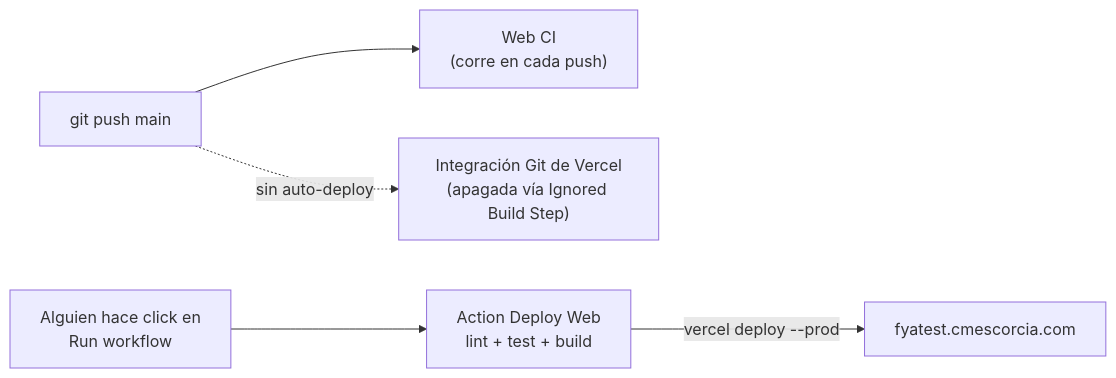
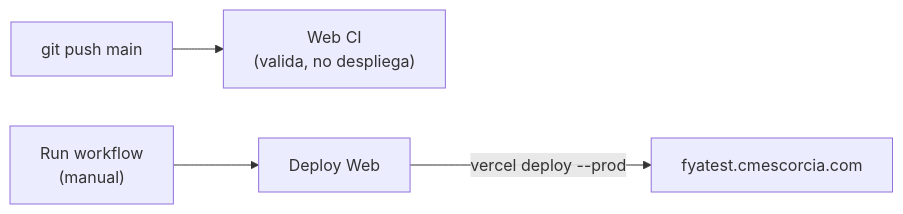
Before and after one commit to CarlosPolo019/credit-web: the third of 3 diagrams in README.md, drawn with Mermaid. The commit also changed other lines of this file, not shown here.

````diff
--- a/README.md
+++ b/README.md
@@ -152,7 +147,6 @@
 ```mermaid
 flowchart LR
-  dev["git push main"] --> ci["Web CI<br/>(corre en cada push)"]
-  dev -.sin auto-deploy.-> vercelgit["Integración Git de Vercel<br/>(apagada vía Ignored Build Step)"]
-  operator["Alguien hace click en<br/>Run workflow"] --> deploy["Action Deploy Web<br/>lint + test + build"]
+  dev["git push main"] --> ci["Web CI<br/>(valida, no despliega)"]
+  operator["Run workflow<br/>(manual)"] --> deploy["Deploy Web"]
   deploy -->|vercel deploy --prod| prod["fyatest.cmescorcia.com"]
 ```
````
